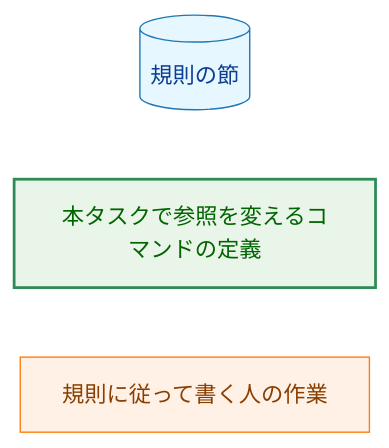
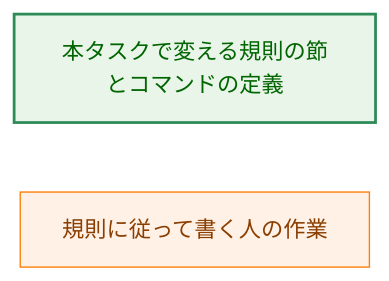
The fourth of 9 diagrams in docs/tasks/0056_legacy_approval_history/02_architecture.md (isseis/yt2column), drawn with Mermaid before and after one commit. The commit also changed other lines of this file, not shown here.

First line of the commit message:
docs(0056): address the architecture and prose reviews

````diff
--- a/docs/tasks/0056_legacy_approval_history/02_architecture.md
+++ b/docs/tasks/0056_legacy_approval_history/02_architecture.md
@@ -126,14 +129,11 @@
 ```mermaid
 flowchart LR
-    classDef data fill:#e6f7ff,stroke:#1f77b4,stroke-width:1px,color:#0b3d91;
     classDef process fill:#fff1e6,stroke:#ff7f0e,stroke-width:1px,color:#8a3e00;
     classDef enhanced fill:#e8f5e8,stroke:#2e8b57,stroke-width:2px,color:#006400;
 
-    L1[("規則の節")]
-    L2["本タスクで参照を変えるコマンドの定義"]
-    L3["規則に従って書く人の作業"]
+    L1["本タスクで変える規則の節とコマンドの定義"]
+    L2["規則に従って書く人の作業"]
 
-    class L1 data
-    class L2 enhanced
-    class L3 process
+    class L1 enhanced
+    class L2 process
 ```
````
